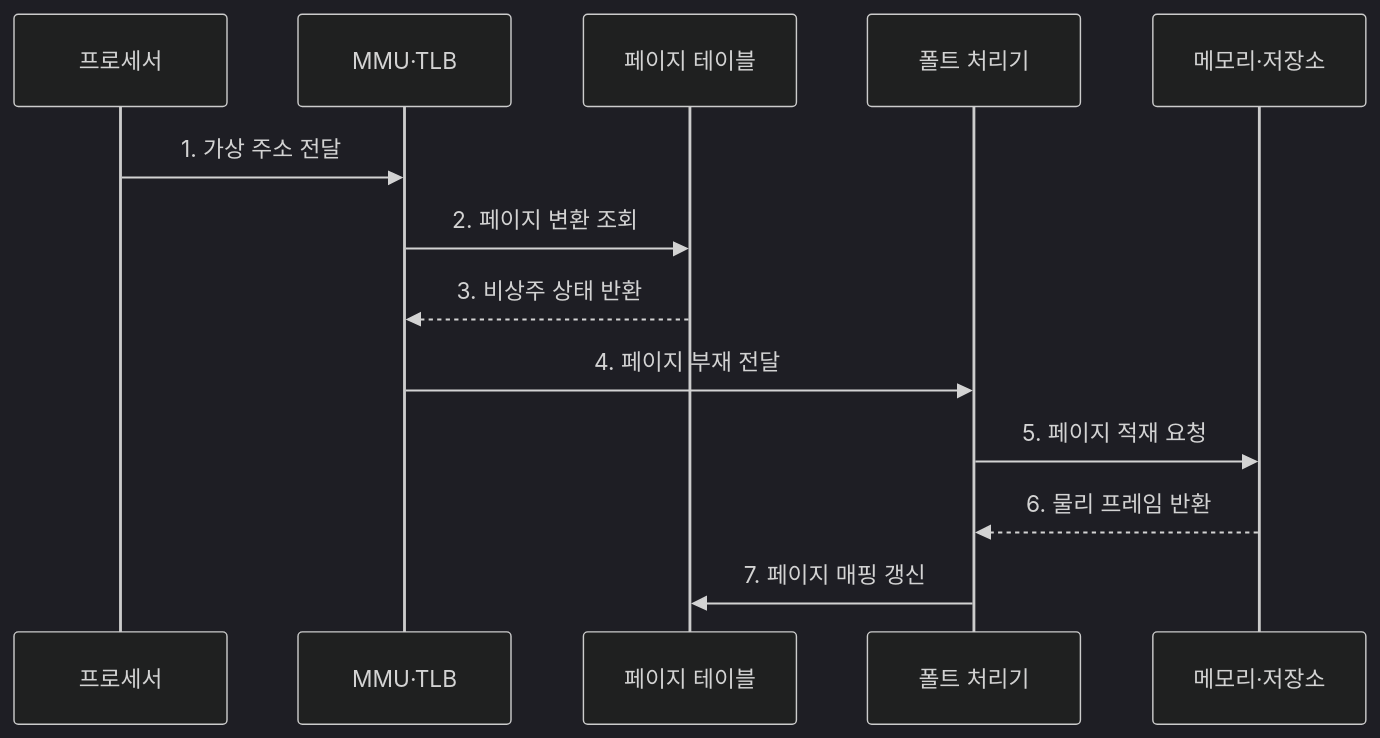
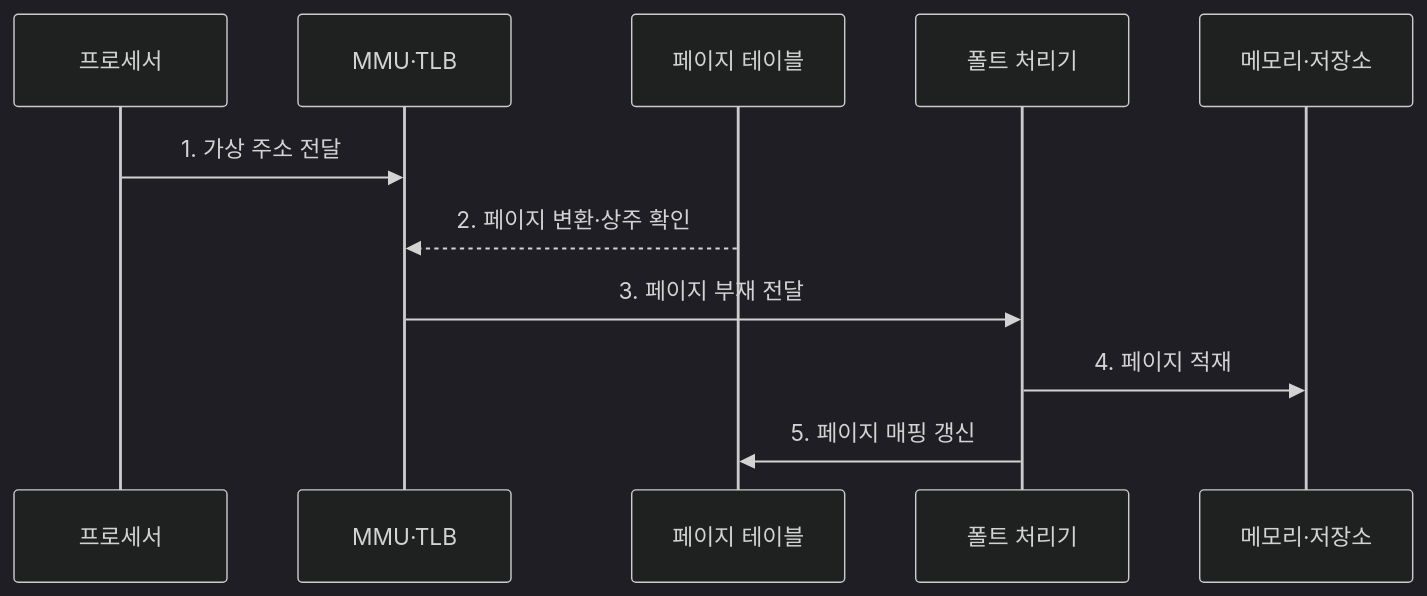
One commit to agnusdei1207/knowledge-base changed the second of 2 diagrams in src/content/docs/notes/03-software/015_virtual_memory.md. Above: the diagram before and after it, drawn with Mermaid (dark theme). The commit also changed other lines of this file and 238 other files, not shown here.

````diff
--- a/src/content/docs/notes/03-software/015_virtual_memory.md
+++ b/src/content/docs/notes/03-software/015_virtual_memory.md
@@ -96,15 +96,13 @@
 ```mermaid
 sequenceDiagram
     participant C as 프로세서
     participant L as MMU·TLB
     participant T as 페이지 테이블
     participant H as 폴트 처리기
     participant B as 메모리·저장소
     C->>L: 1. 가상 주소 전달
-    L->>T: 2. 페이지 변환 조회
-    T-->>L: 3. 비상주 상태 반환
-    L->>H: 4. 페이지 부재 전달
-    H->>B: 5. 페이지 적재 요청
-    B-->>H: 6. 물리 프레임 반환
-    H->>T: 7. 페이지 매핑 갱신
+    T-->>L: 2. 페이지 변환·상주 확인
+    L->>H: 3. 페이지 부재 전달
+    H->>B: 4. 페이지 적재
+    H->>T: 5. 페이지 매핑 갱신
 ```
````
